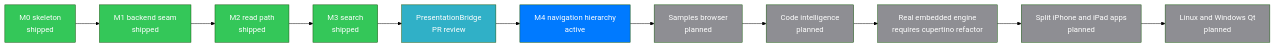
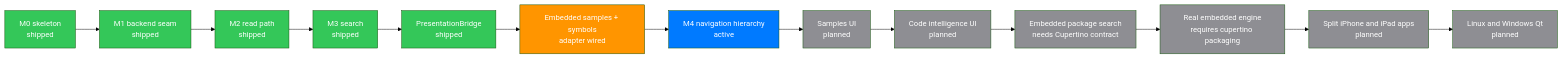
The second of 3 diagrams in README.md (mihaelamj/cupertino-desktop), drawn with Mermaid (forest theme) before and after one commit. The commit also changed other lines of this file and 14 other files, not shown here.

````diff
--- a/README.md
+++ b/README.md
@@ -71,25 +73,27 @@
 ```mermaid
 flowchart LR
     m0["M0 skeleton<br/>shipped"] --> m1["M1 backend seam<br/>shipped"]
     m1 --> m2["M2 read path<br/>shipped"]
     m2 --> m3["M3 search<br/>shipped"]
-    m3 --> bridge["PresentationBridge<br/>PR review"]
-    bridge --> nav["M4 navigation hierarchy<br/>active"]
-    nav --> samples["Samples browser<br/>planned"]
-    samples --> symbols["Code intelligence<br/>planned"]
-    symbols --> embedded["Real embedded engine<br/>requires cupertino refactor"]
+    m3 --> bridge["PresentationBridge<br/>shipped"]
+    bridge --> slices["Embedded samples + symbols<br/>adapter wired"]
+    slices --> nav["M4 navigation hierarchy<br/>active"]
+    nav --> samples["Samples UI<br/>planned"]
+    samples --> symbols["Code intelligence UI<br/>planned"]
+    symbols --> packageReader["Embedded package search<br/>needs Cupertino contract"]
+    packageReader --> embedded["Real embedded engine<br/>requires cupertino packaging"]
     embedded --> mobile["Split iPhone and iPad apps<br/>planned"]
     mobile --> qt["Linux and Windows Qt<br/>planned"]
 
-    class m0,m1,m2,m3 done
-    class bridge review
+    class m0,m1,m2,m3,bridge done
+    class slices partial
     class nav active
-    class samples,symbols,embedded,mobile,qt todo
+    class samples,symbols,packageReader,embedded,mobile,qt todo
 
     classDef done    fill:#34C759,color:#FFFFFF
     classDef review  fill:#30B0C7,color:#FFFFFF
     classDef active  fill:#007AFF,color:#FFFFFF
     classDef next    fill:#5856D6,color:#FFFFFF
     classDef partial fill:#FF9500,color:#FFFFFF
     classDef todo    fill:#8E8E93,color:#FFFFFF
 ```
````
